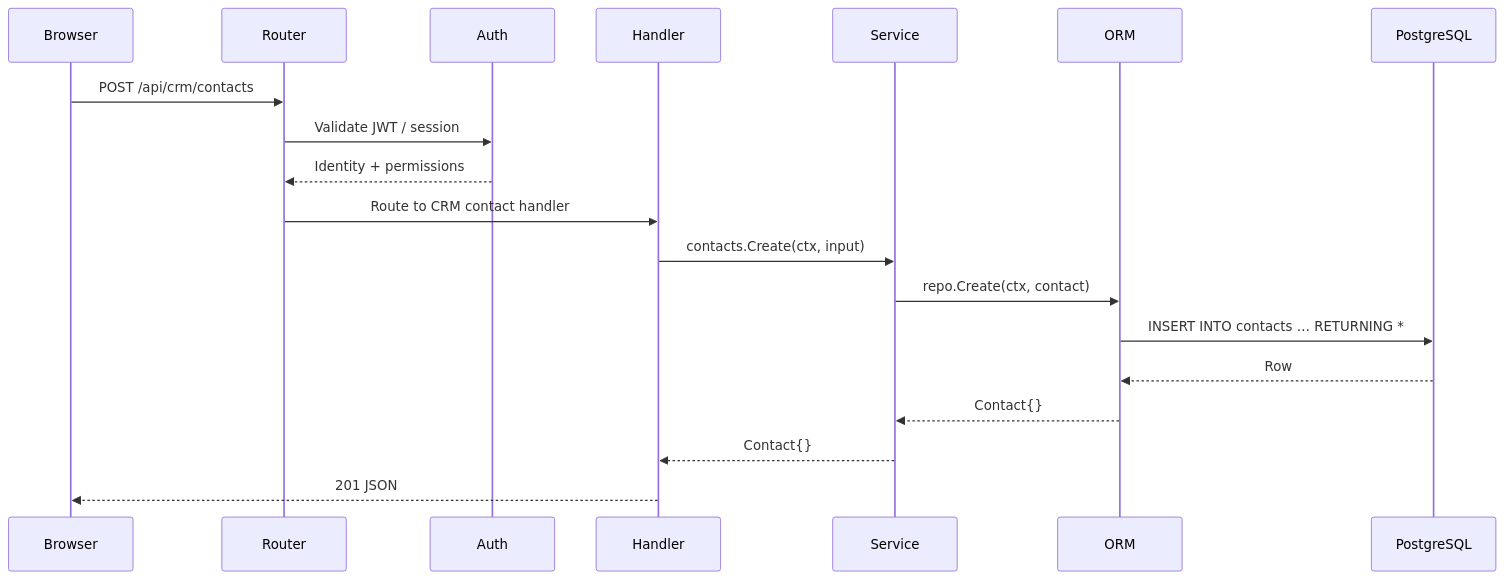
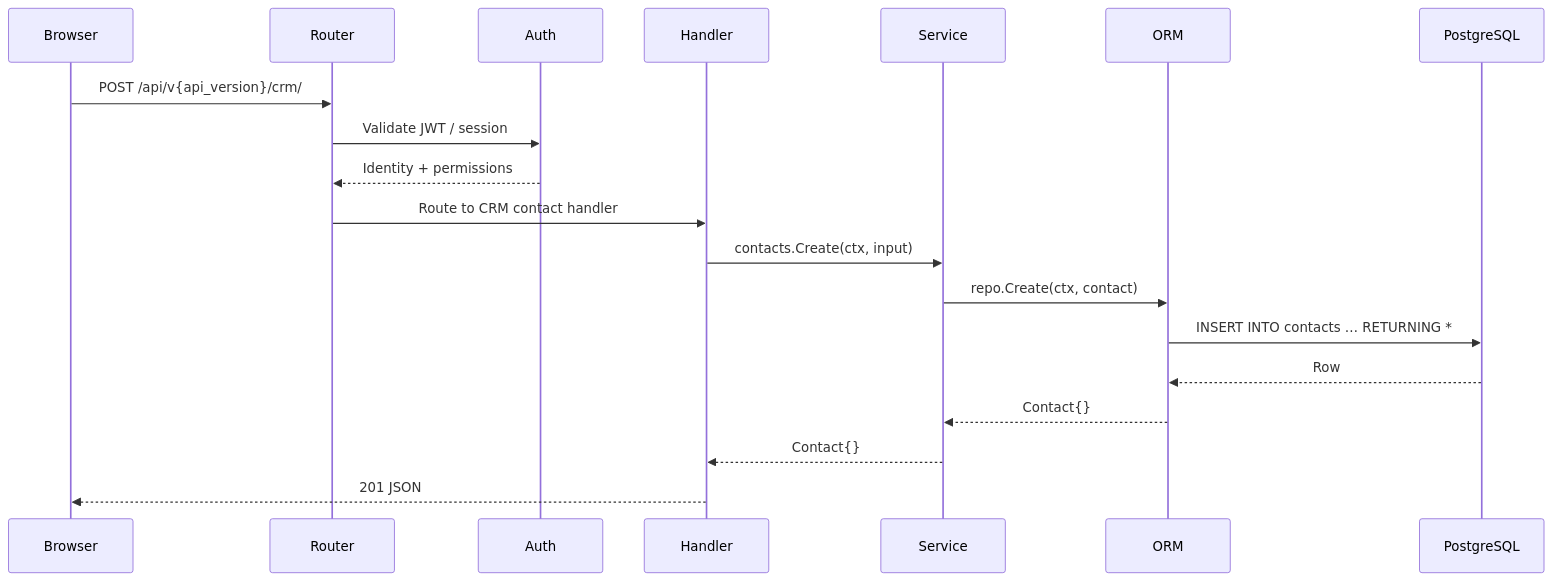
The second of 6 diagrams in docs/architecture/index.md (noiia/EERP-Documentation-Wiki), drawn with Mermaid before and after one commit. The commit also changed other lines of this file and 38 other files, not shown here.

````diff
--- a/docs/architecture/index.md
+++ b/docs/architecture/index.md
@@ -109,22 +145,22 @@
 ```mermaid
 sequenceDiagram
     participant Browser
     participant Router
     participant Auth
     participant Handler
     participant Service
     participant ORM
     participant DB as PostgreSQL
 
-    Browser->>Router: POST /api/crm/contacts
+    Browser->>Router: POST /api/v{api_version}/crm/
     Router->>Auth: Validate JWT / session
     Auth-->>Router: Identity + permissions
     Router->>Handler: Route to CRM contact handler
     Handler->>Service: contacts.Create(ctx, input)
     Service->>ORM: repo.Create(ctx, contact)
     ORM->>DB: INSERT INTO contacts … RETURNING *
     DB-->>ORM: Row
     ORM-->>Service: Contact{}
     Service-->>Handler: Contact{}
     Handler-->>Browser: 201 JSON
 ```
````
